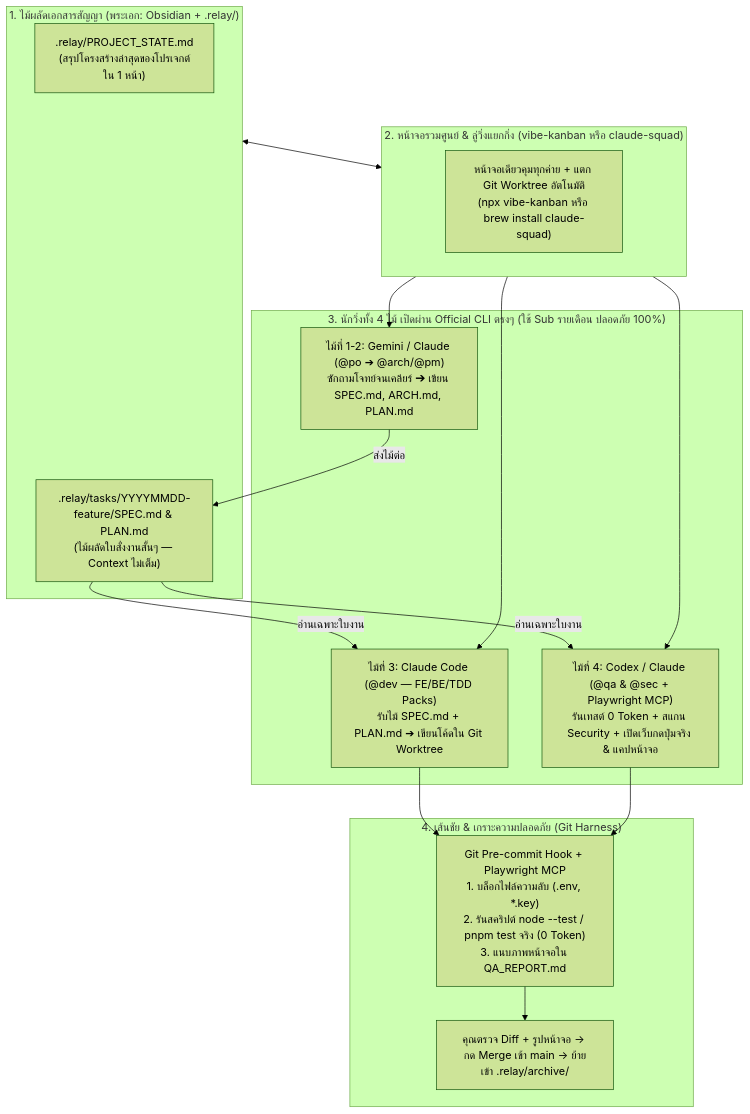
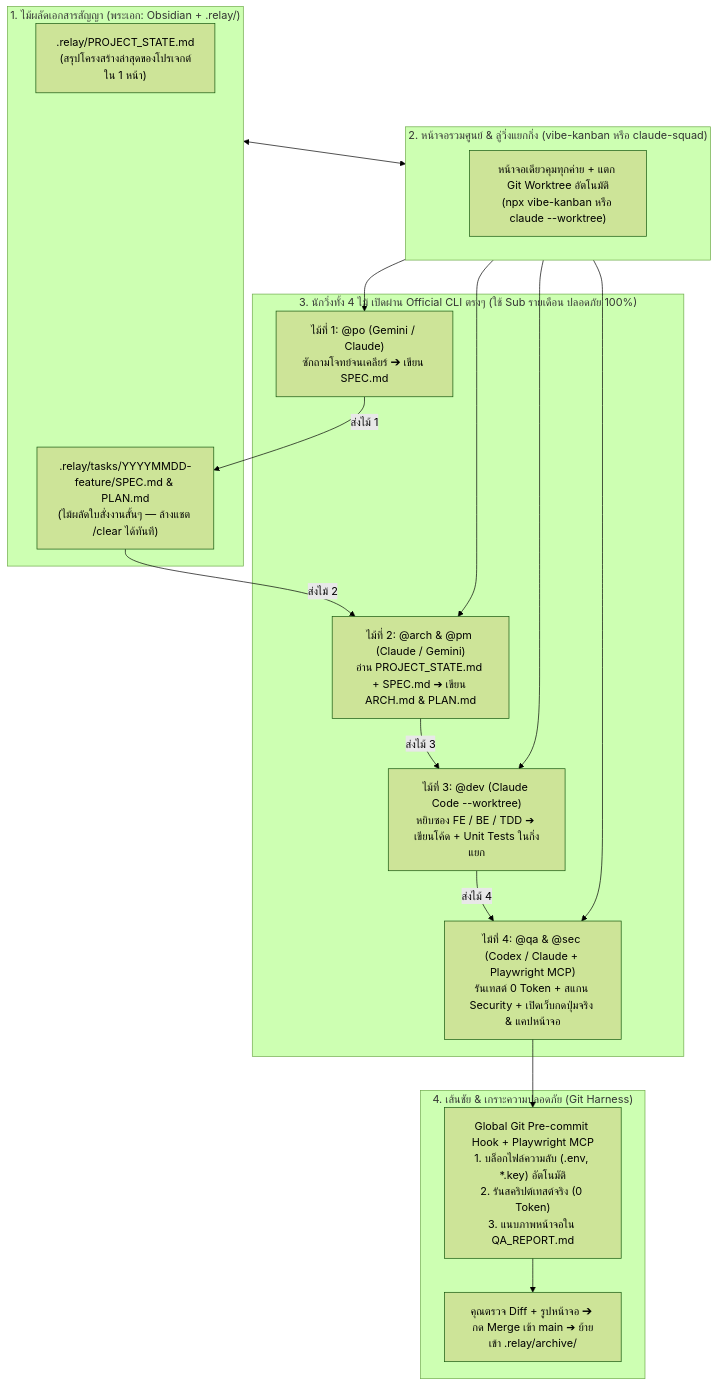
One commit to bosocmputer/RELAY changed the diagram in README.md. Above: the diagram before and after it, drawn with Mermaid (forest theme). The commit also changed other lines of this file and 25 other files, not shown here.

````diff
--- a/README.md
+++ b/README.md
@@ -83,28 +31,31 @@
 ```mermaid
 flowchart TD
     subgraph P1 ["1. ไม้ผลัดเอกสารสัญญา (พระเอก: Obsidian + .relay/)"]
         STATE[".relay/PROJECT_STATE.md<br/>(สรุปโครงสร้างล่าสุดของโปรเจกต์ใน 1 หน้า)"]
-        SPEC[".relay/tasks/YYYYMMDD-feature/SPEC.md & PLAN.md<br/>(ไม้ผลัดใบสั่งงานสั้นๆ — Context ไม่เต็ม)"]
+        SPEC[".relay/tasks/YYYYMMDD-feature/SPEC.md & PLAN.md<br/>(ไม้ผลัดใบสั่งงานสั้นๆ — ล้างแชต /clear ได้ทันที)"]
     end
 
     subgraph P2 ["2. หน้าจอรวมศูนย์ & ลู่วิ่งแยกกิ่ง (vibe-kanban หรือ claude-squad)"]
-        UI["หน้าจอเดียวคุมทุกค่าย + แตก Git Worktree อัตโนมัติ<br/>(npx vibe-kanban หรือ brew install claude-squad)"]
+        UI["หน้าจอเดียวคุมทุกค่าย + แตก Git Worktree อัตโนมัติ<br/>(npx vibe-kanban หรือ claude --worktree)"]
     end
 
     subgraph P3 ["3. นักวิ่งทั้ง 4 ไม้ เปิดผ่าน Official CLI ตรงๆ (ใช้ Sub รายเดือน ปลอดภัย 100%)"]
-        C1["ไม้ที่ 1-2: Gemini / Claude (@po ➔ @arch/@pm)<br/>ซักถามโจทย์จนเคลียร์ ➔ เขียน SPEC.md, ARCH.md, PLAN.md"]
-        C2["ไม้ที่ 3: Claude Code (@dev — FE/BE/TDD Packs)<br/>รับไม้ SPEC.md + PLAN.md ➔ เขียนโค้ดใน Git Worktree"]
-        C3["ไม้ที่ 4: Codex / Claude (@qa & @sec + Playwright MCP)<br/>รันเทสต์ 0 Token + สแกน Security + เปิดเว็บกดปุ่มจริง & แคปหน้าจอ"]
+        C1["ไม้ที่ 1: @po (Gemini / Claude)<br/>ซักถามโจทย์จนเคลียร์ ➔ เขียน SPEC.md"]
+        C2["ไม้ที่ 2: @arch & @pm (Claude / Gemini)<br/>อ่าน PROJECT_STATE.md + SPEC.md ➔ เขียน ARCH.md & PLAN.md"]
+        C3["ไม้ที่ 3: @dev (Claude Code --worktree)<br/>หยิบซอง FE / BE / TDD ➔ เขียนโค้ด + Unit Tests ในกิ่งแยก"]
+        C4["ไม้ที่ 4: @qa & @sec (Codex / Claude + Playwright MCP)<br/>รันเทสต์ 0 Token + สแกน Security + เปิดเว็บกดปุ่มจริง & แคปหน้าจอ"]
     end
 
     subgraph P4 ["4. เส้นชัย & เกราะความปลอดภัย (Git Harness)"]
-        HOOK["Git Pre-commit Hook + Playwright MCP<br/>1. บล็อกไฟล์ความลับ (.env, *.key)<br/>2. รันสคริปต์ node --test / pnpm test จริง (0 Token)<br/>3. แนบภาพหน้าจอใน QA_REPORT.md"]
-        MERGE["คุณตรวจ Diff + รูปหน้าจอ -> กด Merge เข้า main -> ย้ายเข้า .relay/archive/"]
+        HOOK["Global Git Pre-commit Hook + Playwright MCP<br/>1. บล็อกไฟล์ความลับ (.env, *.key) อัตโนมัติ<br/>2. รันสคริปต์เทสต์จริง (0 Token)<br/>3. แนบภาพหน้าจอใน QA_REPORT.md"]
+        MERGE["คุณตรวจ Diff + รูปหน้าจอ ➔ กด Merge เข้า main ➔ ย้ายเข้า .relay/archive/"]
     end
 
     P1 <--> P2
-    P2 --> C1 & C2 & C3
-    C1 -->|ส่งไม้ต่อ| SPEC
-    SPEC -->|อ่านเฉพาะใบงาน| C2 & C3
-    C2 & C3 --> HOOK --> MERGE
+    P2 --> C1 & C2 & C3 & C4
+    C1 -->|ส่งไม้ 1| SPEC
+    SPEC -->|ส่งไม้ 2| C2
+    C2 -->|ส่งไม้ 3| C3
+    C3 -->|ส่งไม้ 4| C4
+    C4 --> HOOK --> MERGE
 ```
````
